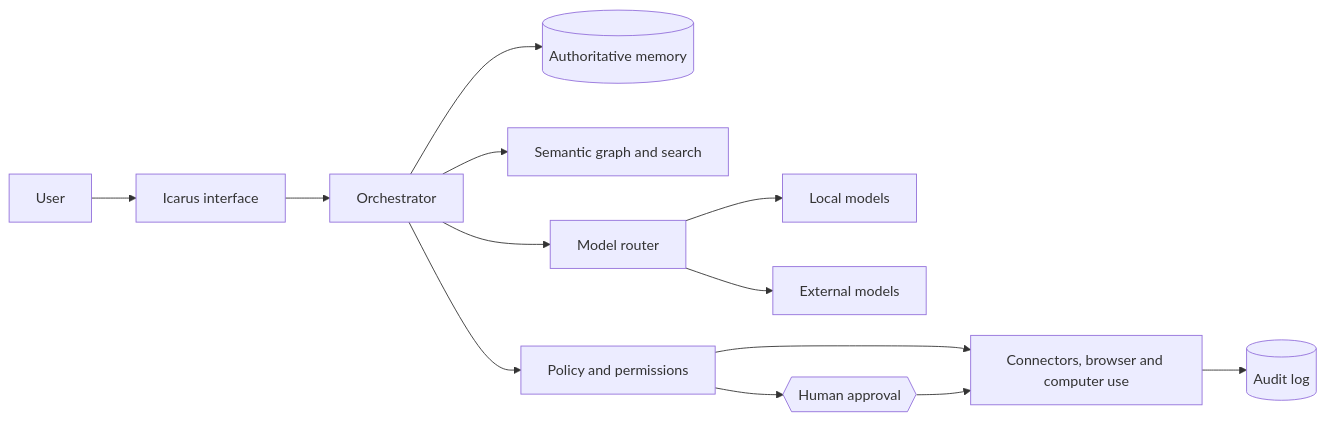
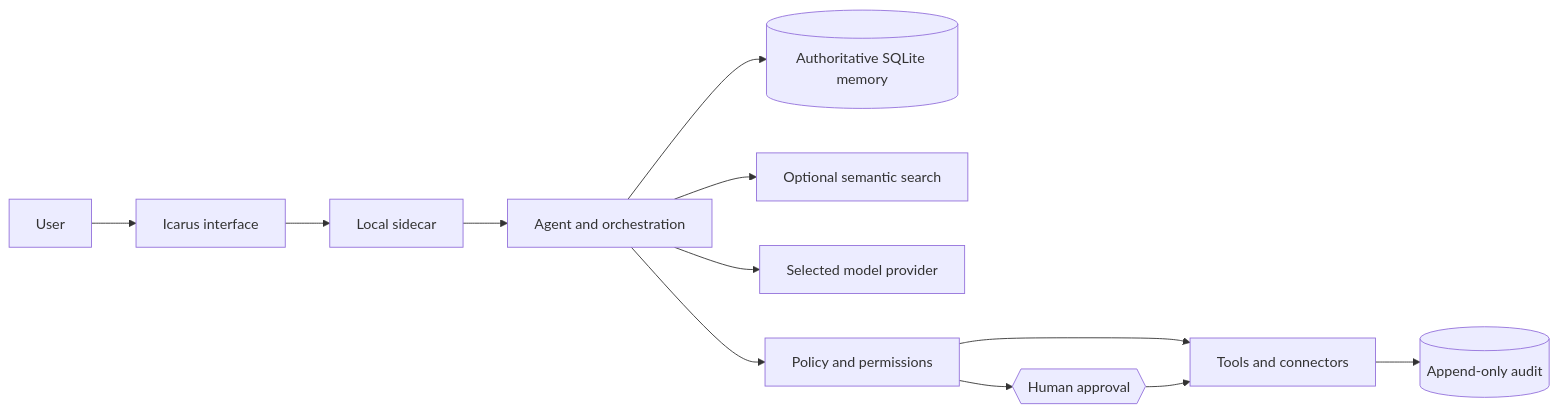
The diagram in README.md (Icarus-health/Icarus), drawn with Mermaid before and after one commit. The commit also changed other lines of this file, not shown here.

````diff
--- a/README.md
+++ b/README.md
@@ -124,15 +84,16 @@
 ```mermaid
 flowchart LR
     U[User] --> UI[Icarus interface]
-    UI --> ORCH[Orchestrator]
-    ORCH --> MEM[(Authoritative memory)]
-    ORCH --> GRAPH[Semantic graph and search]
-    ORCH --> ROUTER[Model router]
-    ROUTER --> M1[Local models]
-    ROUTER --> M2[External models]
-    ORCH --> POLICY[Policy and permissions]
-    POLICY --> TOOLS[Connectors, browser and computer use]
+    UI --> API[Local sidecar]
+    API --> AGENT[Agent and orchestration]
+
+    AGENT --> MEMORY[(Authoritative SQLite memory)]
+    AGENT --> SEARCH[Optional semantic search]
+    AGENT --> PROVIDER[Selected model provider]
+    AGENT --> POLICY[Policy and permissions]
+
+    POLICY --> TOOLS[Tools and connectors]
     POLICY --> APPROVAL{{Human approval}}
-    TOOLS --> AUDIT[(Audit log)]
+    TOOLS --> AUDIT[(Append-only audit)]
     APPROVAL --> TOOLS
 ```
````
